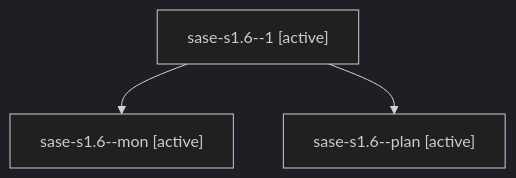
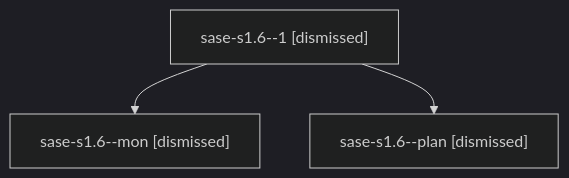
Before and after one commit to sase-org/sase--agents: the diagram in sessions/bbugyi200.athena.sase-s1.6.md, drawn with Mermaid (dark theme). The commit also changed other lines of this file and 127 other files, not shown here.

````diff
--- a/sessions/bbugyi200.athena.sase-s1.6.md
+++ b/sessions/bbugyi200.athena.sase-s1.6.md
@@ -9,8 +9,8 @@
 ```mermaid
 flowchart TD
-  n0["sase-s1.6--1 [active]"]
-  n1["sase-s1.6--mon [active]"]
+  n0["sase-s1.6--1 [dismissed]"]
+  n1["sase-s1.6--mon [dismissed]"]
   n0 --> n1
-  n2["sase-s1.6--plan [active]"]
+  n2["sase-s1.6--plan [dismissed]"]
   n0 --> n2
 ```
````
